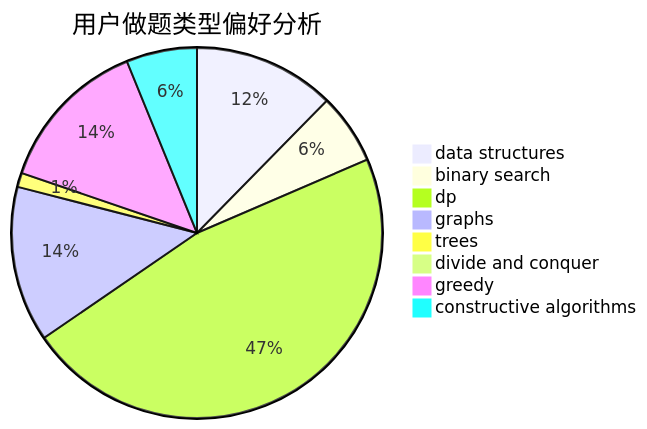
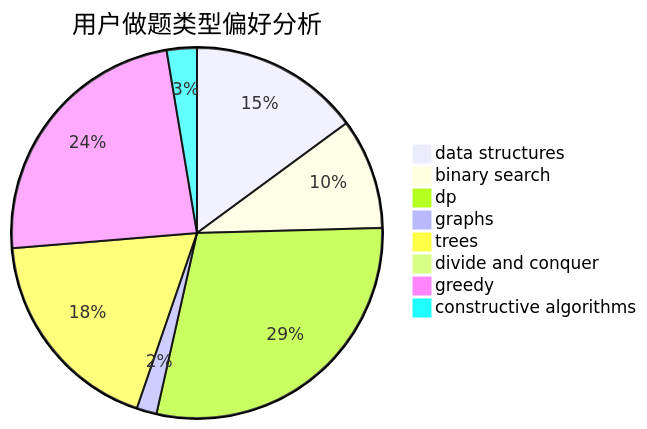
Before and after one commit to sherpahu/cfrs.github.io: the second of 3 diagrams in docs/user/u311.md, drawn with Mermaid. The commit also changed other lines of this file and 2770 other files, not shown here.

````diff
--- a/docs/user/u311.md
+++ b/docs/user/u311.md
@@ -23,11 +23,11 @@
 ```mermaid
 pie title 用户做题类型偏好分析
-    "data structures" :  10
-    "binary search" :  5
-    "dp" :  38
-    "graphs" :  11
-    "trees" :  1
+    "data structures" :  17
+    "binary search" :  11
+    "dp" :  33
+    "graphs" :  2
+    "trees" :  21
     "divide and conquer" :  0
-    "greedy" :  11
-    "constructive algorithms" :  5
+    "greedy" :  27
+    "constructive algorithms" :  3
 ```
````
